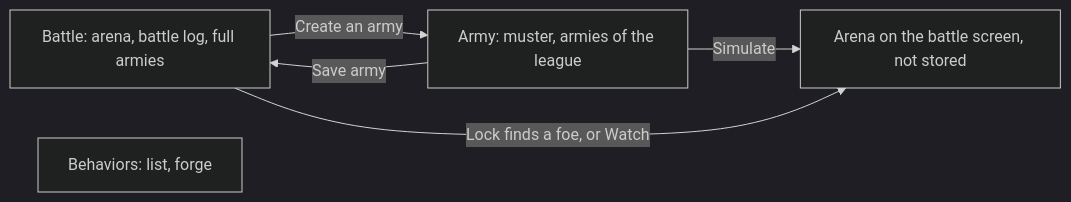
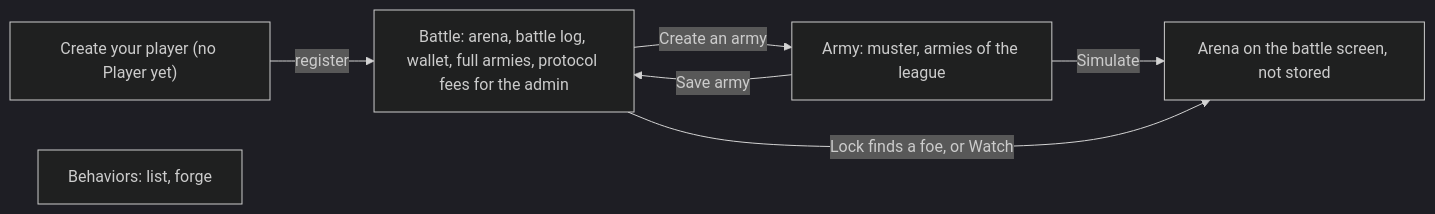
The first of 2 diagrams in docs/src/client.md (Dodecahedr0x/horizon-zero), drawn with Mermaid (dark theme) before and after one commit. The commit also changed other lines of this file and 5 other files, not shown here.

Commit message:
feat: wallet panel, first-run player and admin fee view

````diff
--- a/docs/src/client.md
+++ b/docs/src/client.md
@@ -58,8 +58,9 @@
 ```mermaid
 flowchart LR
-  Battle["Battle: arena, battle log, full armies"] -->|Create an army| Army["Army: muster, armies of the league"]
+  First["Create your player (no Player yet)"] -->|register| Battle
+  Battle["Battle: arena, battle log, wallet, full armies, protocol fees for the admin"] -->|Create an army| Army["Army: muster, armies of the league"]
   Army -->|Simulate| Arena["Arena on the battle screen, not stored"]
   Army -->|Save army| Battle
   Battle -->|Lock finds a foe, or Watch| Arena
   Behaviors["Behaviors: list, forge"]
 ```
````
